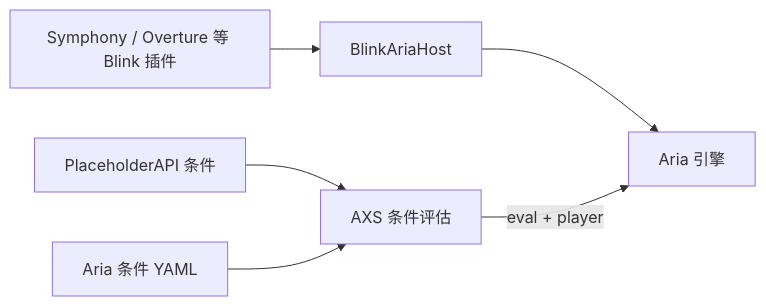
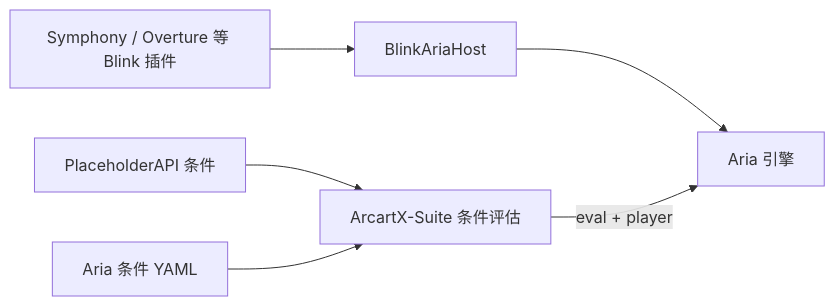
The diagram in docs/guide/conditions.md (ArcartX-Suite/ArcartXSuite-Wiki), drawn with Mermaid before and after one commit. The commit also changed other lines of this file and 49 other files, not shown here.

````diff
--- a/docs/guide/conditions.md
+++ b/docs/guide/conditions.md
@@ -113,8 +113,8 @@
 ```mermaid
 flowchart LR
   A[Symphony / Overture 等 Blink 插件] --> B[BlinkAriaHost]
   B --> C[Aria 引擎]
-  D[AXS 条件评估] -->|eval + player| C
+  D[ArcartX-Suite 条件评估] -->|eval + player| C
   E[PlaceholderAPI 条件] --> D
   F[Aria 条件 YAML] --> D
 ```
````
